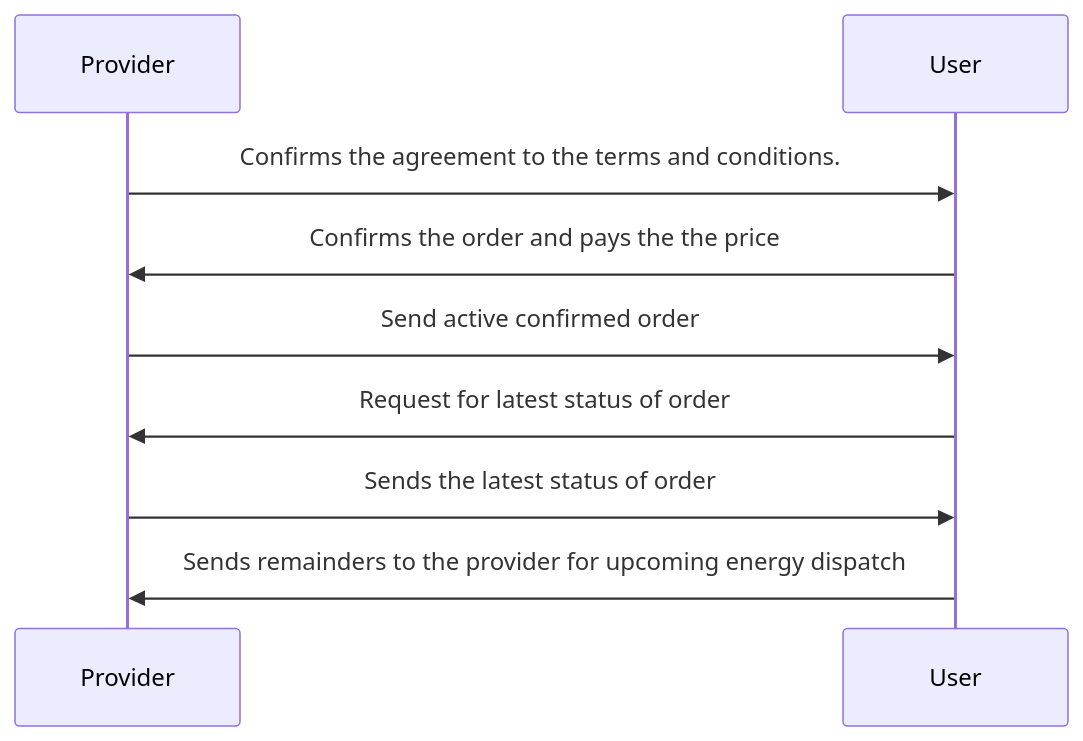
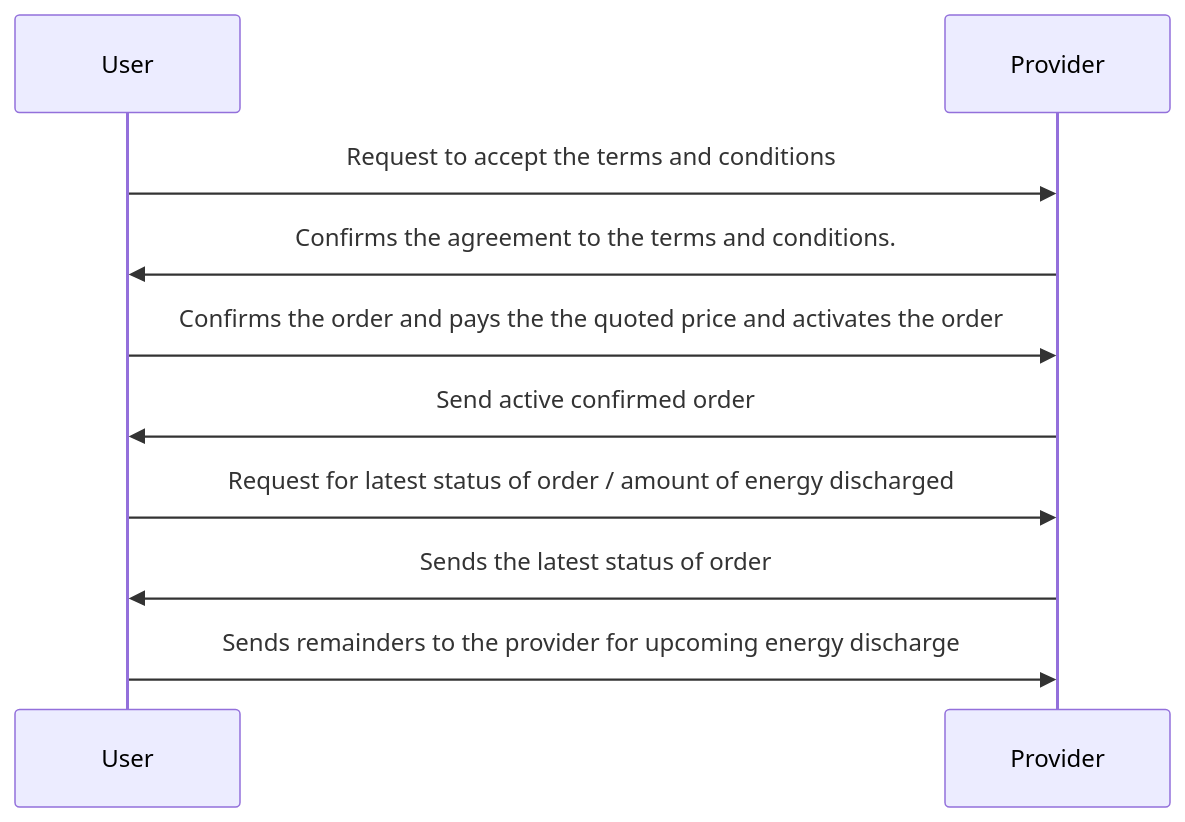
The seventh of 8 diagrams in docs/implementation-guides/General_Energy_Transaction_2.md (Sudheesh2609/DENT-Protocol), drawn with Mermaid before and after one commit. The commit also changed other lines of this file, not shown here.

Commit message:
Adding General_Energy_Transaction_2

````diff
--- a/docs/implementation-guides/General_Energy_Transaction_2.md
+++ b/docs/implementation-guides/General_Energy_Transaction_2.md
@@ -189,9 +215,10 @@
 ```mermaid
     sequenceDiagram
+    User->>Provider: Request to accept the terms and conditions
     Provider->>User: Confirms the agreement to the terms and conditions.
-    User->>Provider: Confirms the order and pays the the price
+    User->>Provider: Confirms the order and pays the the quoted price and activates the order
     Provider->>User: Send active confirmed order
-    User->>Provider: Request for latest status of order
+    User->>Provider: Request for latest status of order / amount of energy discharged
     Provider->>User: Sends the latest status of order
-    User->>Provider: Sends remainders to the provider for upcoming energy dispatch
+    User->>Provider: Sends remainders to the provider for upcoming energy discharge
 ```
````
